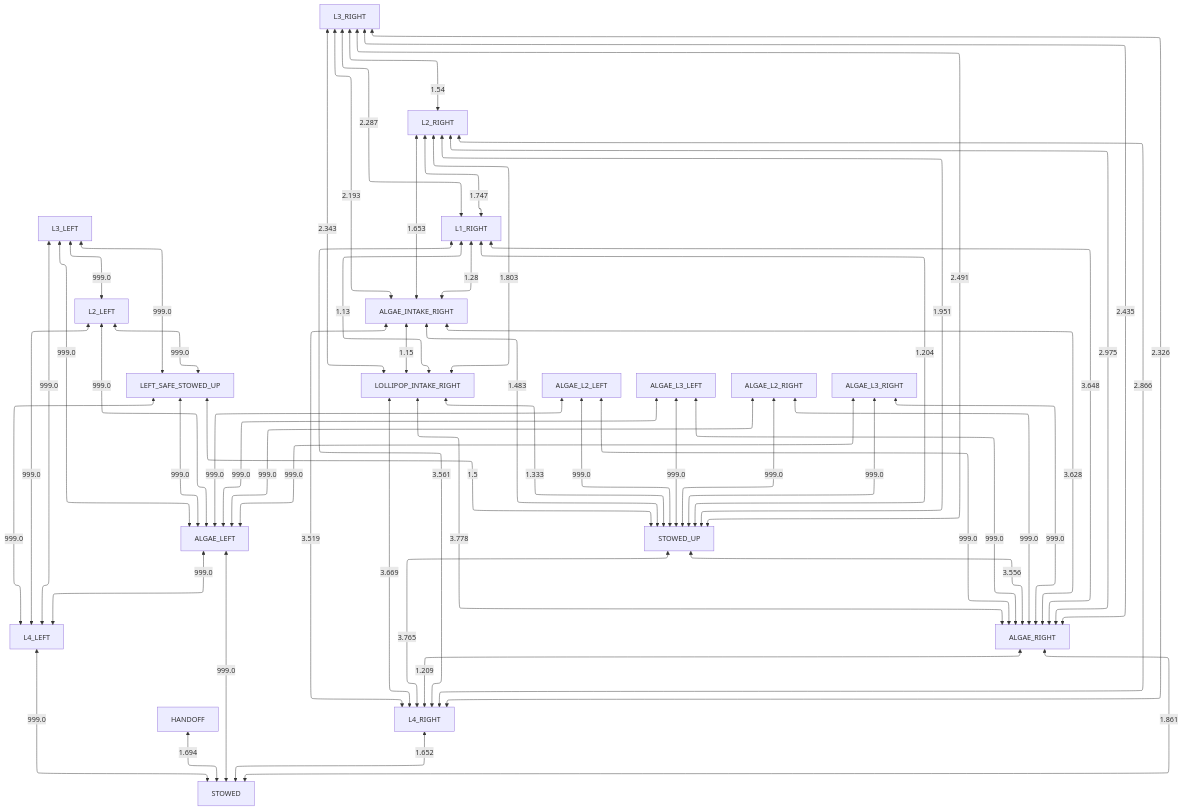
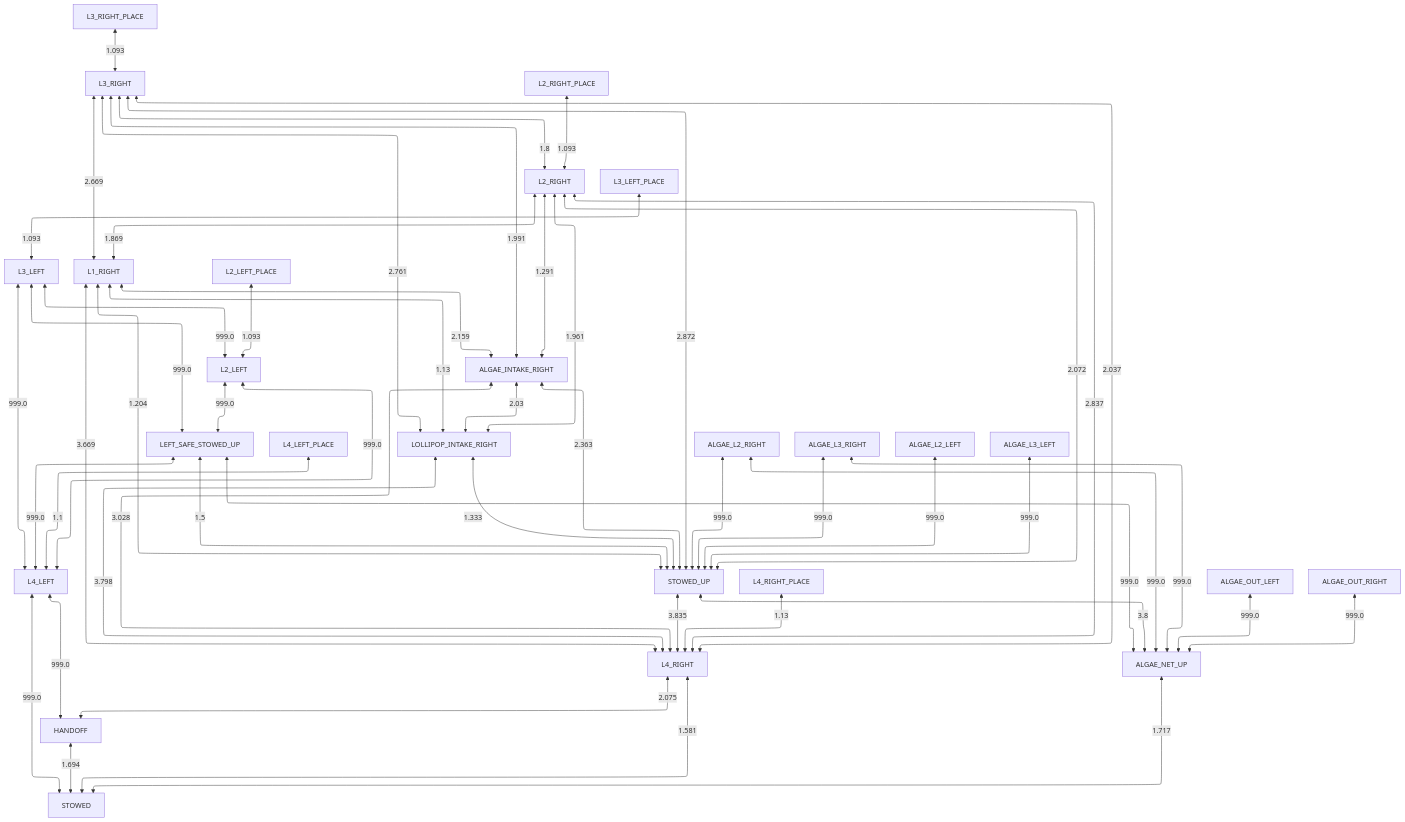
The diagram in docs/collision_avoidance/left_obstructed.md (team581/offseason-2025-comp), drawn with Mermaid before and after one commit. The commit also changed 3 other files, not shown here.

Commit message:
Regenerate collision avoidance graph visualizations

````diff
--- a/docs/collision_avoidance/left_obstructed.md
+++ b/docs/collision_avoidance/left_obstructed.md
@@ -3,61 +3,55 @@
 ```mermaid
 %%{ init: { "flowchart": { "defaultRenderer": "elk" } } }%%
 graph TD
 
 HANDOFF <-- 1.694 --> STOWED
 L4_LEFT <-- 999.0 --> STOWED
-L4_RIGHT <-- 1.652 --> STOWED
-ALGAE_RIGHT <-- 1.861 --> STOWED
-ALGAE_LEFT <-- 999.0 --> STOWED
+L4_RIGHT <-- 1.581 --> STOWED
+ALGAE_NET_UP <-- 1.717 --> STOWED
+L4_LEFT <-- 999.0 --> HANDOFF
+L4_RIGHT <-- 2.075 --> HANDOFF
 LEFT_SAFE_STOWED_UP <-- 999.0 --> L4_LEFT
 L2_LEFT <-- 999.0 --> L4_LEFT
 L3_LEFT <-- 999.0 --> L4_LEFT
-ALGAE_LEFT <-- 999.0 --> L4_LEFT
-STOWED_UP <-- 3.765 --> L4_RIGHT
-ALGAE_INTAKE_RIGHT <-- 3.519 --> L4_RIGHT
-LOLLIPOP_INTAKE_RIGHT <-- 3.669 --> L4_RIGHT
-L1_RIGHT <-- 3.561 --> L4_RIGHT
-L2_RIGHT <-- 2.866 --> L4_RIGHT
-L3_RIGHT <-- 2.326 --> L4_RIGHT
-ALGAE_RIGHT <-- 1.209 --> L4_RIGHT
-STOWED_UP <-- 3.556 --> ALGAE_RIGHT
-ALGAE_L2_LEFT <-- 999.0 --> ALGAE_RIGHT
-ALGAE_L3_LEFT <-- 999.0 --> ALGAE_RIGHT
-ALGAE_INTAKE_RIGHT <-- 3.628 --> ALGAE_RIGHT
-LOLLIPOP_INTAKE_RIGHT <-- 3.778 --> ALGAE_RIGHT
-L1_RIGHT <-- 3.648 --> ALGAE_RIGHT
-L2_RIGHT <-- 2.975 --> ALGAE_RIGHT
-L3_RIGHT <-- 2.435 --> ALGAE_RIGHT
-ALGAE_L2_RIGHT <-- 999.0 --> ALGAE_RIGHT
-ALGAE_L3_RIGHT <-- 999.0 --> ALGAE_RIGHT
-LEFT_SAFE_STOWED_UP <-- 999.0 --> ALGAE_LEFT
-L2_LEFT <-- 999.0 --> ALGAE_LEFT
-L3_LEFT <-- 999.0 --> ALGAE_LEFT
-ALGAE_L2_LEFT <-- 999.0 --> ALGAE_LEFT
-ALGAE_L3_LEFT <-- 999.0 --> ALGAE_LEFT
-ALGAE_L2_RIGHT <-- 999.0 --> ALGAE_LEFT
-ALGAE_L3_RIGHT <-- 999.0 --> ALGAE_LEFT
+L4_LEFT_PLACE <-- 1.1 --> L4_LEFT
+STOWED_UP <-- 3.835 --> L4_RIGHT
+ALGAE_INTAKE_RIGHT <-- 3.028 --> L4_RIGHT
+LOLLIPOP_INTAKE_RIGHT <-- 3.798 --> L4_RIGHT
+L1_RIGHT <-- 3.669 --> L4_RIGHT
+L2_RIGHT <-- 2.837 --> L4_RIGHT
+L3_RIGHT <-- 2.037 --> L4_RIGHT
+L4_RIGHT_PLACE <-- 1.13 --> L4_RIGHT
+LEFT_SAFE_STOWED_UP <-- 999.0 --> ALGAE_NET_UP
+STOWED_UP <-- 3.8 --> ALGAE_NET_UP
+ALGAE_OUT_LEFT <-- 999.0 --> ALGAE_NET_UP
+ALGAE_OUT_RIGHT <-- 999.0 --> ALGAE_NET_UP
+ALGAE_L2_RIGHT <-- 999.0 --> ALGAE_NET_UP
+ALGAE_L3_RIGHT <-- 999.0 --> ALGAE_NET_UP
 LEFT_SAFE_STOWED_UP <-- 1.5 --> STOWED_UP
 LOLLIPOP_INTAKE_RIGHT <-- 1.333 --> STOWED_UP
-ALGAE_INTAKE_RIGHT <-- 1.483 --> STOWED_UP
+ALGAE_INTAKE_RIGHT <-- 2.363 --> STOWED_UP
 L1_RIGHT <-- 1.204 --> STOWED_UP
-L2_RIGHT <-- 1.951 --> STOWED_UP
-L3_RIGHT <-- 2.491 --> STOWED_UP
+L2_RIGHT <-- 2.072 --> STOWED_UP
+L3_RIGHT <-- 2.872 --> STOWED_UP
 ALGAE_L2_LEFT <-- 999.0 --> STOWED_UP
 ALGAE_L2_RIGHT <-- 999.0 --> STOWED_UP
 ALGAE_L3_LEFT <-- 999.0 --> STOWED_UP
 ALGAE_L3_RIGHT <-- 999.0 --> STOWED_UP
 L2_LEFT <-- 999.0 --> LEFT_SAFE_STOWED_UP
 L3_LEFT <-- 999.0 --> LEFT_SAFE_STOWED_UP
-ALGAE_INTAKE_RIGHT <-- 1.15 --> LOLLIPOP_INTAKE_RIGHT
+ALGAE_INTAKE_RIGHT <-- 2.03 --> LOLLIPOP_INTAKE_RIGHT
 L1_RIGHT <-- 1.13 --> LOLLIPOP_INTAKE_RIGHT
-L2_RIGHT <-- 1.803 --> LOLLIPOP_INTAKE_RIGHT
-L3_RIGHT <-- 2.343 --> LOLLIPOP_INTAKE_RIGHT
-L1_RIGHT <-- 1.28 --> ALGAE_INTAKE_RIGHT
-L2_RIGHT <-- 1.653 --> ALGAE_INTAKE_RIGHT
-L3_RIGHT <-- 2.193 --> ALGAE_INTAKE_RIGHT
+L2_RIGHT <-- 1.961 --> LOLLIPOP_INTAKE_RIGHT
+L3_RIGHT <-- 2.761 --> LOLLIPOP_INTAKE_RIGHT
+L1_RIGHT <-- 2.159 --> ALGAE_INTAKE_RIGHT
+L2_RIGHT <-- 1.291 --> ALGAE_INTAKE_RIGHT
+L3_RIGHT <-- 1.991 --> ALGAE_INTAKE_RIGHT
 L3_LEFT <-- 999.0 --> L2_LEFT
-L2_RIGHT <-- 1.747 --> L1_RIGHT
-L3_RIGHT <-- 2.287 --> L1_RIGHT
-L3_RIGHT <-- 1.54 --> L2_RIGHT
+L2_LEFT_PLACE <-- 1.093 --> L2_LEFT
+L3_LEFT_PLACE <-- 1.093 --> L3_LEFT
+L2_RIGHT <-- 1.869 --> L1_RIGHT
+L3_RIGHT <-- 2.669 --> L1_RIGHT
+L3_RIGHT <-- 1.8 --> L2_RIGHT
+L2_RIGHT_PLACE <-- 1.093 --> L2_RIGHT
+L3_RIGHT_PLACE <-- 1.093 --> L3_RIGHT
 ```
````
